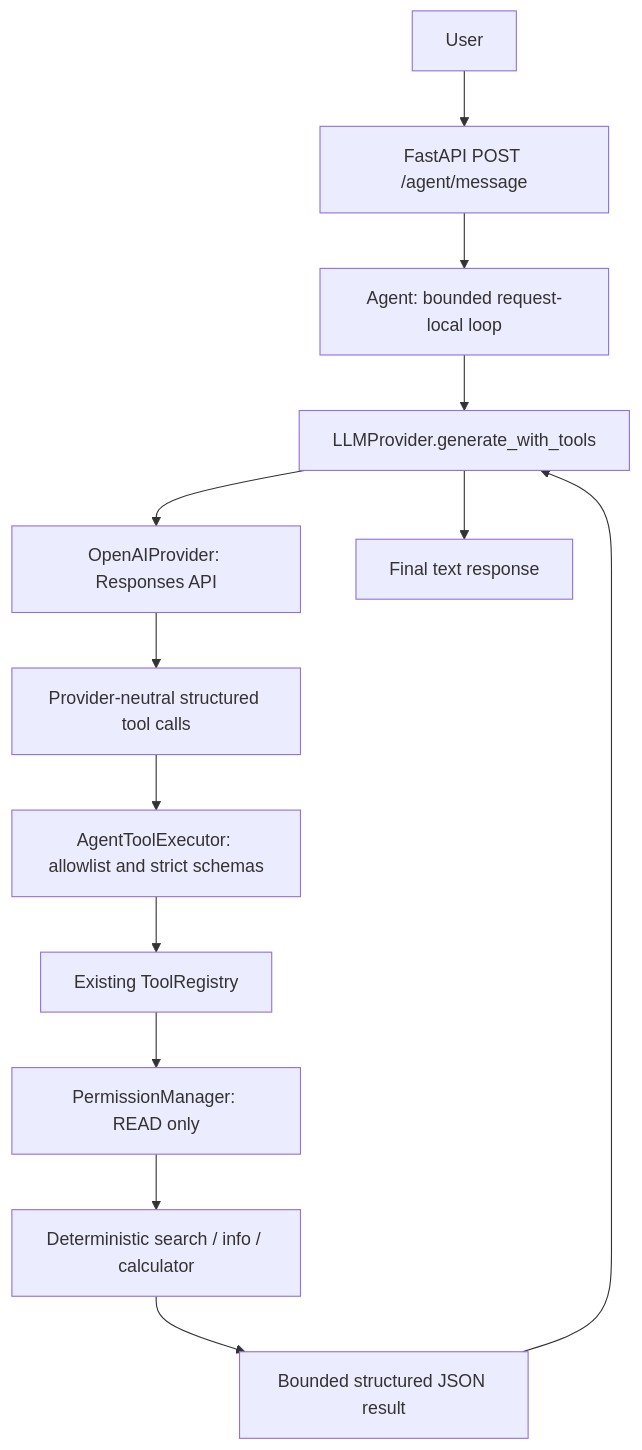
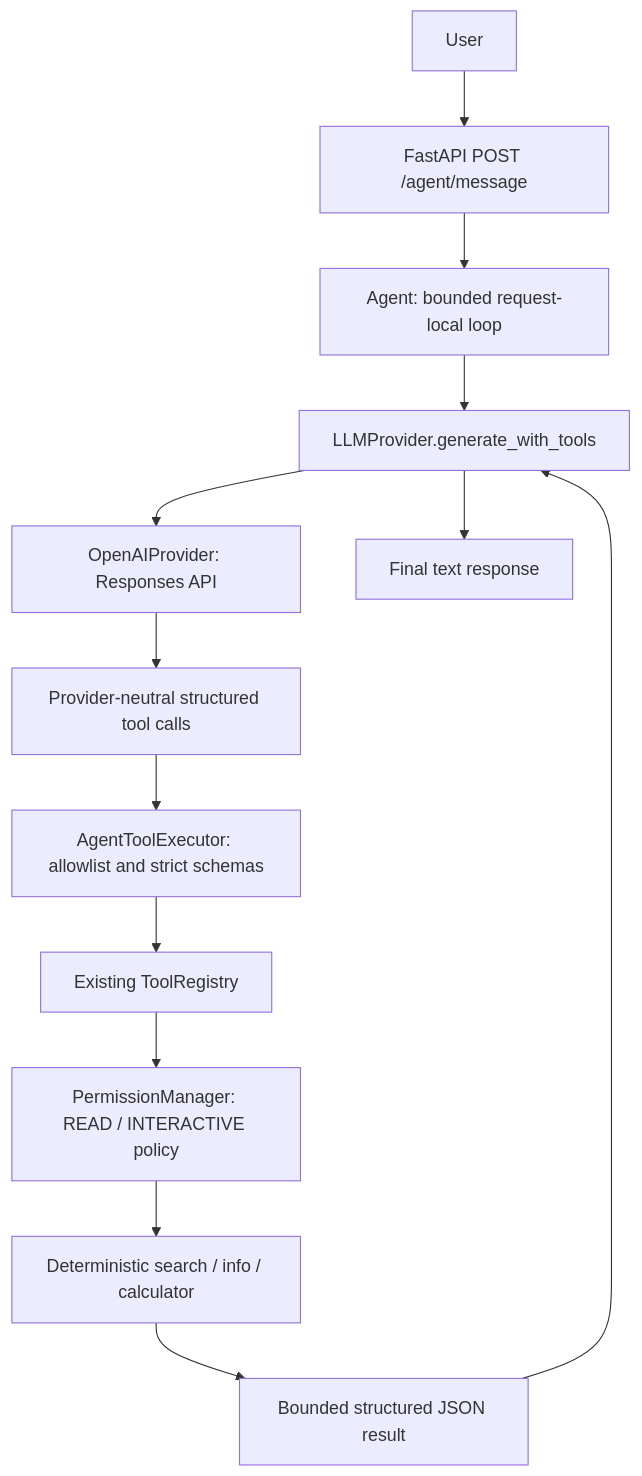
One commit to GKG01/assistant-app changed the third of 3 diagrams in docs/ARCHITECTURE.md. Above: the diagram before and after it, drawn with Mermaid. The commit also changed other lines of this file and 16 other files, not shown here.

````diff
--- a/docs/ARCHITECTURE.md
+++ b/docs/ARCHITECTURE.md
@@ -35,15 +35,15 @@
 ```mermaid
 flowchart TD
     User --> API[FastAPI POST /agent/message]
     API --> Agent[Agent: bounded request-local loop]
     Agent --> Provider[LLMProvider.generate_with_tools]
     Provider --> OpenAI[OpenAIProvider: Responses API]
     OpenAI --> Call[Provider-neutral structured tool calls]
     Call --> Executor[AgentToolExecutor: allowlist and strict schemas]
     Executor --> Registry[Existing ToolRegistry]
-    Registry --> Guard[PermissionManager: READ only]
+    Registry --> Guard[PermissionManager: READ / INTERACTIVE policy]
     Guard --> Tool[Deterministic search / info / calculator]
     Tool --> Result[Bounded structured JSON result]
     Result --> Provider
     Provider --> Final[Final text response]
 ```
````
